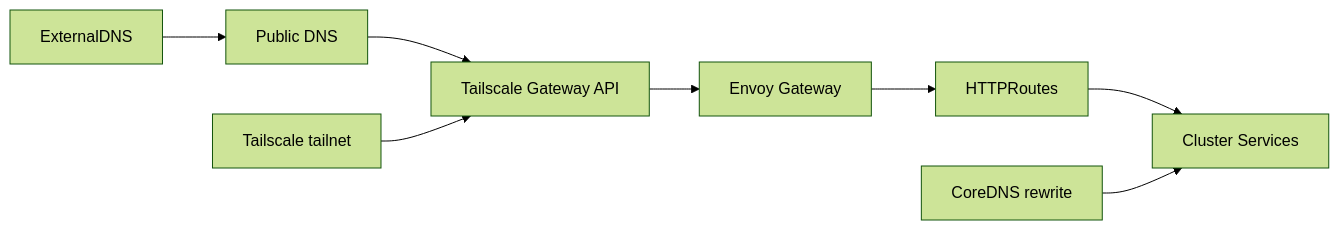
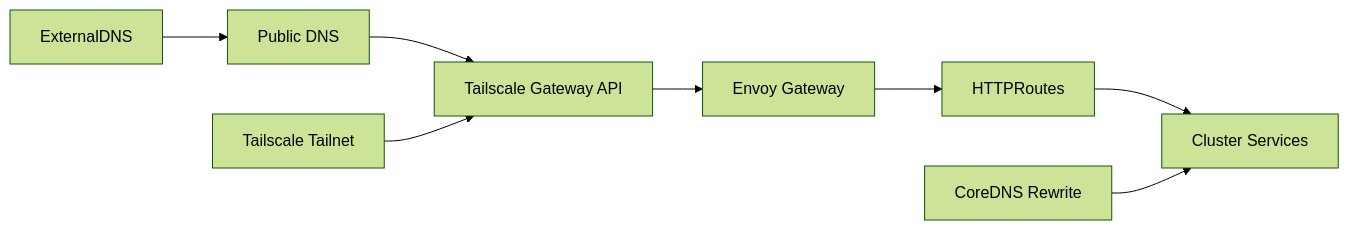
The third of 4 diagrams in README.md (nsudhanva/homelab), drawn with Mermaid (forest theme) before and after one commit. The commit also changed other lines of this file and 41 other files, not shown here.

````diff
--- a/README.md
+++ b/README.md
@@ -112,19 +112,19 @@
 ```mermaid
 flowchart LR
   Public["Public DNS"]
-  Tailnet["Tailscale tailnet"]
+  Tailnet["Tailscale Tailnet"]
   ExternalDNS["ExternalDNS"]
   Gateway["Tailscale Gateway API"]
   Envoy["Envoy Gateway"]
   Routes["HTTPRoutes"]
   Services["Cluster Services"]
-  CoreDNS["CoreDNS rewrite"]
+  CoreDNS["CoreDNS Rewrite"]
 
   ExternalDNS --> Public
   Public --> Gateway
   Tailnet --> Gateway
   Gateway --> Envoy
   Envoy --> Routes
   Routes --> Services
   CoreDNS --> Services
 ```
````
